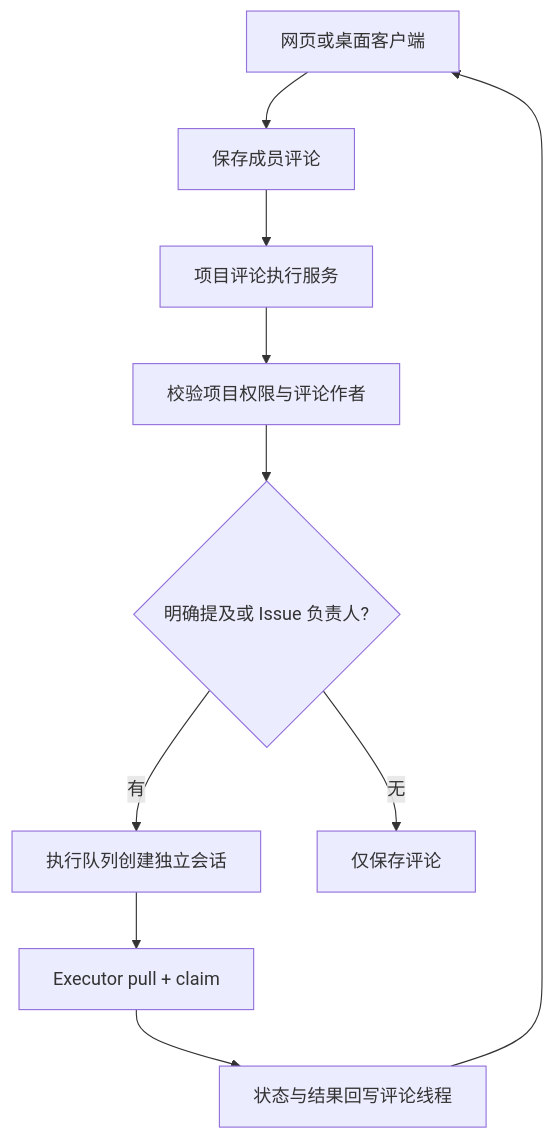
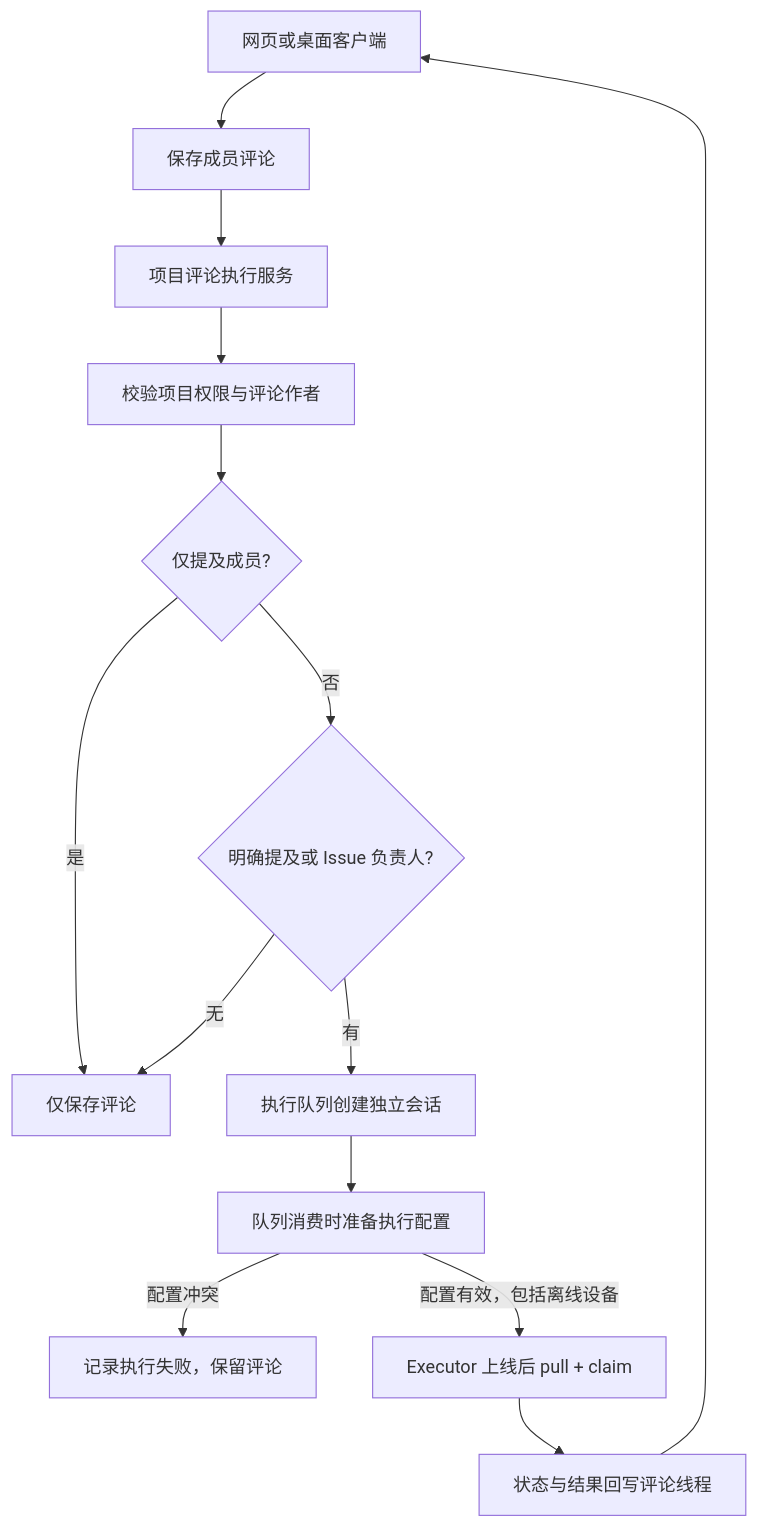
One commit to wecode-ai/wegent-docs changed the third of 4 diagrams in i18n/zh/docusaurus-plugin-content-docs/current/wegent/developer-guide/cloud-project-collaboration.md. Above: the diagram before and after it, drawn with Mermaid. The commit also changed other lines of this file and 5 other files, not shown here.

````diff
--- a/i18n/zh/docusaurus-plugin-content-docs/current/wegent/developer-guide/cloud-project-collaboration.md
+++ b/i18n/zh/docusaurus-plugin-content-docs/current/wegent/developer-guide/cloud-project-collaboration.md
@@ -327,12 +328,16 @@
 ```mermaid
 flowchart TD
     UI[网页或桌面客户端] --> Save[保存成员评论]
     Save --> Execute[项目评论执行服务]
     Execute --> Auth[校验项目权限与评论作者]
-    Auth --> Agent{明确提及或 Issue 负责人?}
+    Auth --> Human{仅提及成员?}
+    Human -->|是| Comment[仅保存评论]
+    Human -->|否| Agent{明确提及或 Issue 负责人?}
     Agent -->|有| Queue[执行队列创建独立会话]
-    Agent -->|无| Comment[仅保存评论]
-    Queue --> Claim[Executor pull + claim]
+    Agent -->|无| Comment
+    Queue --> Prepare[队列消费时准备执行配置]
+    Prepare -->|配置冲突| Failed[记录执行失败，保留评论]
+    Prepare -->|配置有效，包括离线设备| Claim[Executor 上线后 pull + claim]
     Claim --> Activity[状态与结果回写评论线程]
     Activity --> UI
 ```
````
